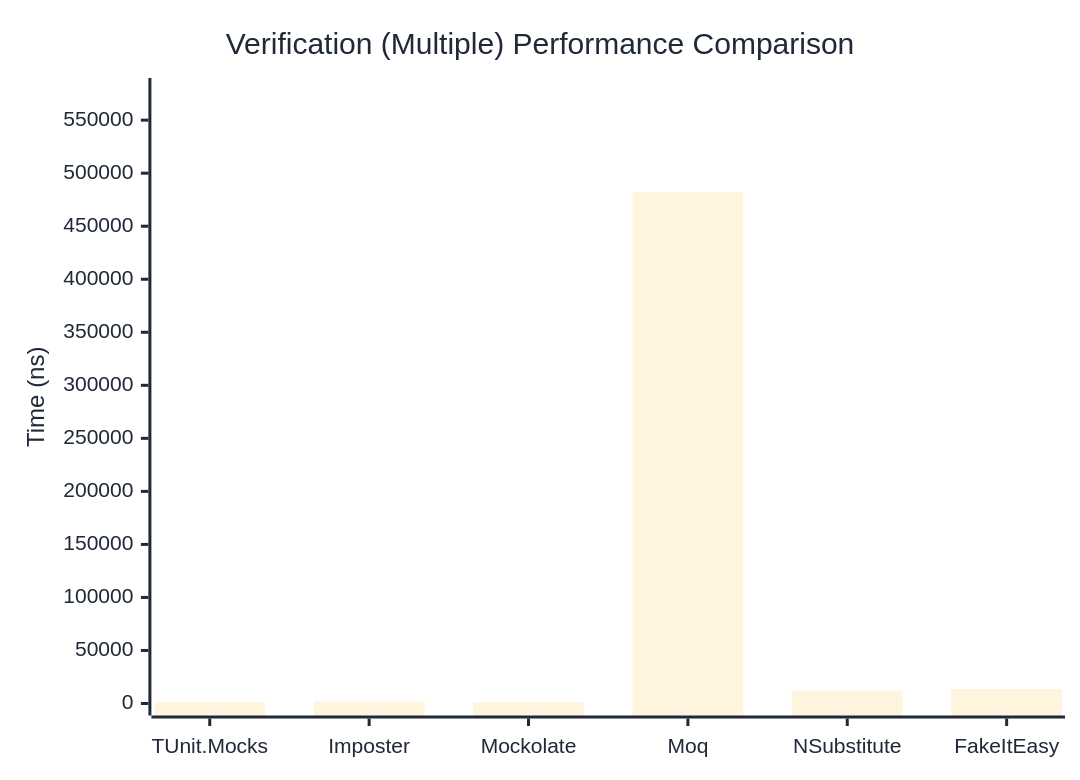
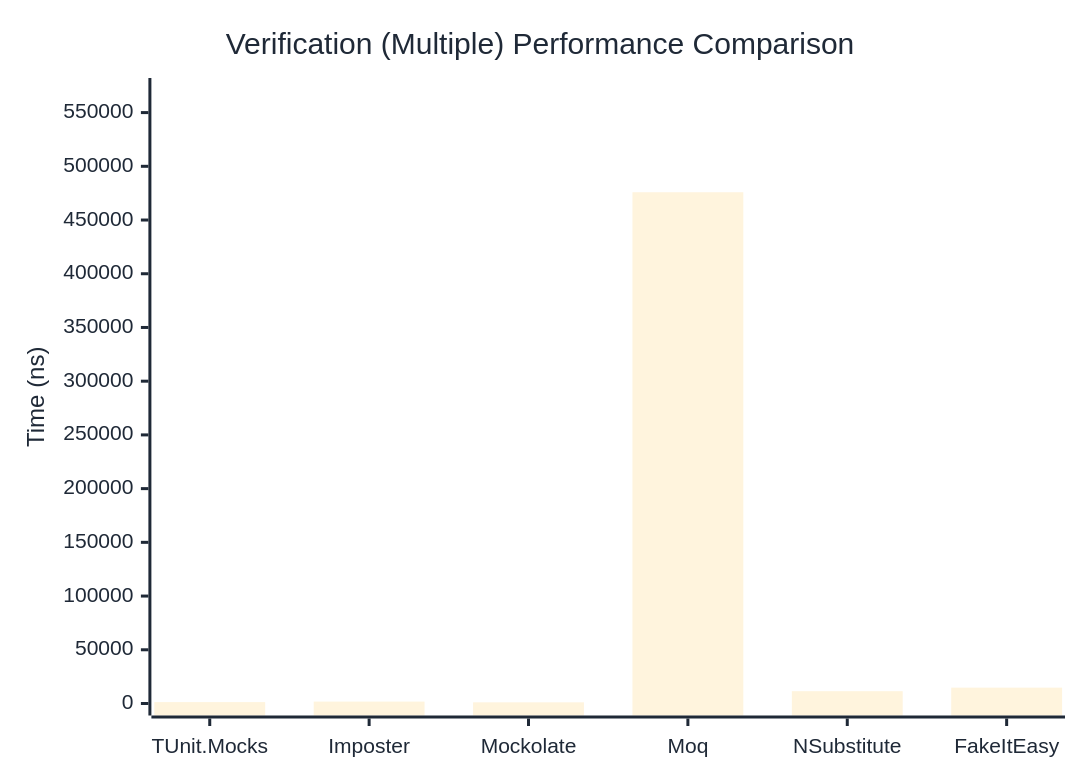
One commit to thomhurst/TUnit changed the third of 3 diagrams in docs/docs/benchmarks/mocks/Verification.md. Above: the diagram before and after it, drawn with Mermaid. The commit also changed other lines of this file and 14 other files, not shown here.

````diff
--- a/docs/docs/benchmarks/mocks/Verification.md
+++ b/docs/docs/benchmarks/mocks/Verification.md
@@ -112,27 +112,27 @@
 ```mermaid
 %%{init: {
   'theme':'base',
   'themeVariables': {
     'primaryColor': '#2563eb',
     'primaryTextColor': '#1f2937',
     'primaryBorderColor': '#1e40af',
     'lineColor': '#6b7280',
     'secondaryColor': '#7c3aed',
     'tertiaryColor': '#dc2626',
     'background': '#ffffff',
     'pie1': '#2563eb',
     'pie2': '#7c3aed',
     'pie3': '#dc2626',
     'pie4': '#f59e0b',
     'pie5': '#10b981',
     'pie6': '#06b6d4',
     'pie7': '#ec4899',
     'pie8': '#6366f1'
   }
 }}%%
 xychart-beta
   title "Verification (Multiple) Performance Comparison"
   x-axis ["TUnit.Mocks", "Imposter", "Mockolate", "Moq", "NSubstitute", "FakeItEasy"]
-  y-axis "Time (ns)" 0 --> 578424
-  bar [1288.25, 1816.6, 1182.63, 482019.84, 12071.37, 13541.91]
+  y-axis "Time (ns)" 0 --> 571025
+  bar [1285.93, 1771.68, 1091.72, 475853.7, 11446.96, 14762.29]
 ```
````
